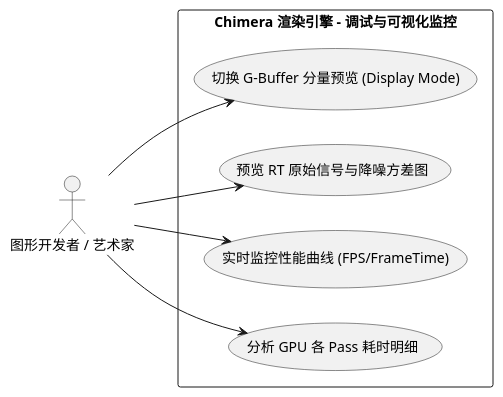
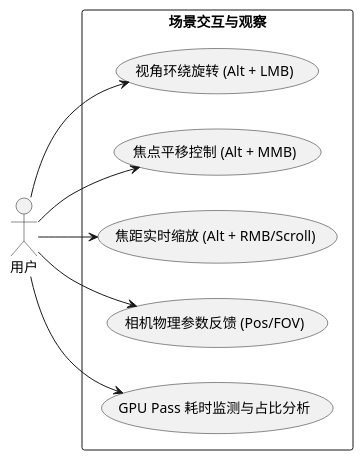
One commit to CadenXc/HybridRenderer changed the third of 17 diagrams in RenderGraph_Architecture_Diagrams.md. Above: the diagram before and after it, drawn with PlantUML. The commit also changed other lines of this file and 3 other files, not shown here.

````diff
--- a/RenderGraph_Architecture_Diagrams.md
+++ b/RenderGraph_Architecture_Diagrams.md
@@ -71,21 +62,23 @@
 ```plantuml
 @startuml
 left to right direction
 skinparam packageStyle rectangle
 
-actor "图形开发者 / 艺术家" as User
+actor "用户" as User
 
-rectangle "Chimera 渲染引擎 - 调试与可视化监控" {
-    usecase "切换 G-Buffer 分量预览 (Display Mode)" as UC11
-    usecase "预览 RT 原始信号与降噪方差图" as UC12
-    usecase "实时监控性能曲线 (FPS/FrameTime)" as UC13
-    usecase "分析 GPU 各 Pass 耗时明细" as UC14
+rectangle "场景交互与观察" {
+    usecase "视角环绕旋转 (Alt + LMB)" as UC10
+    usecase "焦点平移控制 (Alt + MMB)" as UC11
+    usecase "焦距实时缩放 (Alt + RMB/Scroll)" as UC12
+    usecase "相机物理参数反馈 (Pos/FOV)" as UC13
+    usecase "GPU Pass 耗时监测与占比分析" as UC14
 }
 
+User --> UC10
 User --> UC11
 User --> UC12
 User --> UC13
 User --> UC14
 
 @enduml
 ```
````
